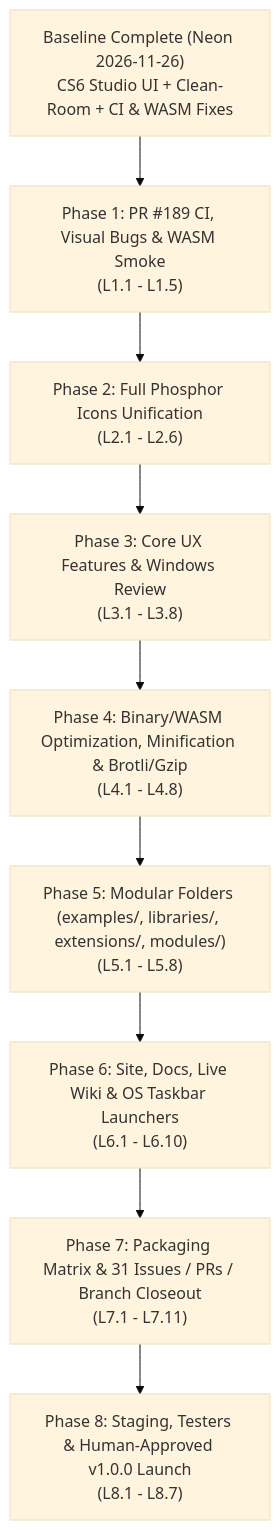
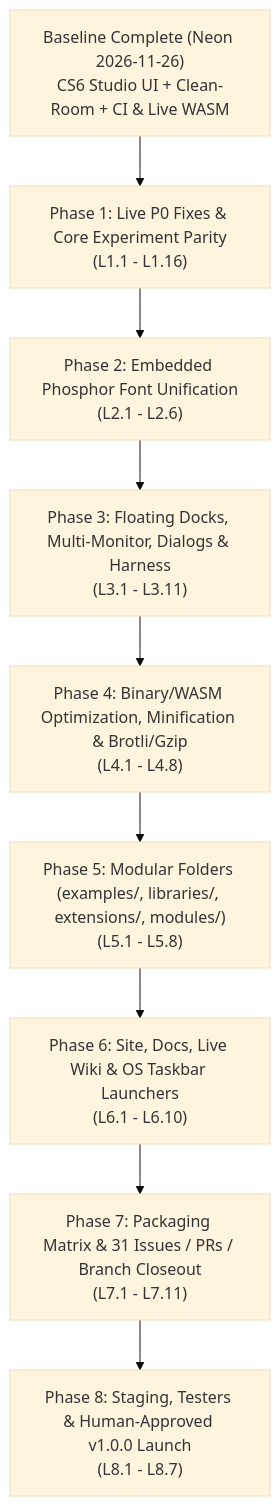
One commit to aliasfoxkde/FireCraft changed the diagram in docs/planning/luna/README.md. Above: the diagram before and after it, drawn with Mermaid (base theme). The commit also changed other lines of this file and 8 other files, not shown here.

````diff
--- a/docs/planning/luna/README.md
+++ b/docs/planning/luna/README.md
@@ -85,11 +85,11 @@
 ```mermaid
 flowchart TD
-    B["Baseline Complete (Neon 2026-11-26)<br/>CS6 Studio UI + Clean-Room + CI & WASM Fixes"] --> P1["Phase 1: PR #189 CI, Visual Bugs & WASM Smoke<br/>(L1.1 - L1.5)"]
-    P1 --> P2["Phase 2: Full Phosphor Icons Unification<br/>(L2.1 - L2.6)"]
-    P2 --> P3["Phase 3: Core UX Features & Windows Review<br/>(L3.1 - L3.8)"]
+    B["Baseline Complete (Neon 2026-11-26)<br/>CS6 Studio UI + Clean-Room + CI & Live WASM"] --> P1["Phase 1: Live P0 Fixes & Core Experiment Parity<br/>(L1.1 - L1.16)"]
+    P1 --> P2["Phase 2: Embedded Phosphor Font Unification<br/>(L2.1 - L2.6)"]
+    P2 --> P3["Phase 3: Floating Docks, Multi-Monitor, Dialogs & Harness<br/>(L3.1 - L3.11)"]
     P3 --> P4["Phase 4: Binary/WASM Optimization, Minification & Brotli/Gzip<br/>(L4.1 - L4.8)"]
     P4 --> P5["Phase 5: Modular Folders (examples/, libraries/, extensions/, modules/)<br/>(L5.1 - L5.8)"]
     P5 --> P6["Phase 6: Site, Docs, Live Wiki & OS Taskbar Launchers<br/>(L6.1 - L6.10)"]
     P6 --> P7["Phase 7: Packaging Matrix & 31 Issues / PRs / Branch Closeout<br/>(L7.1 - L7.11)"]
     P7 --> P8["Phase 8: Staging, Testers & Human-Approved v1.0.0 Launch<br/>(L8.1 - L8.7)"]
 ```
````
